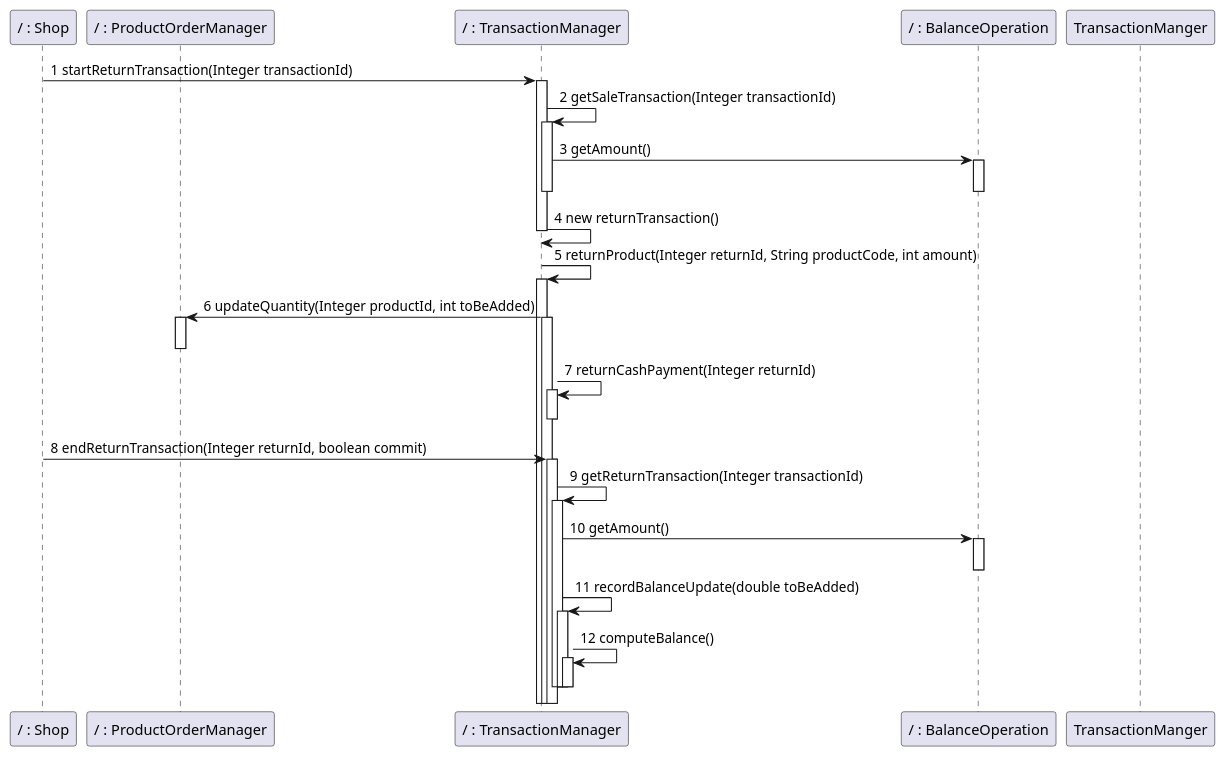
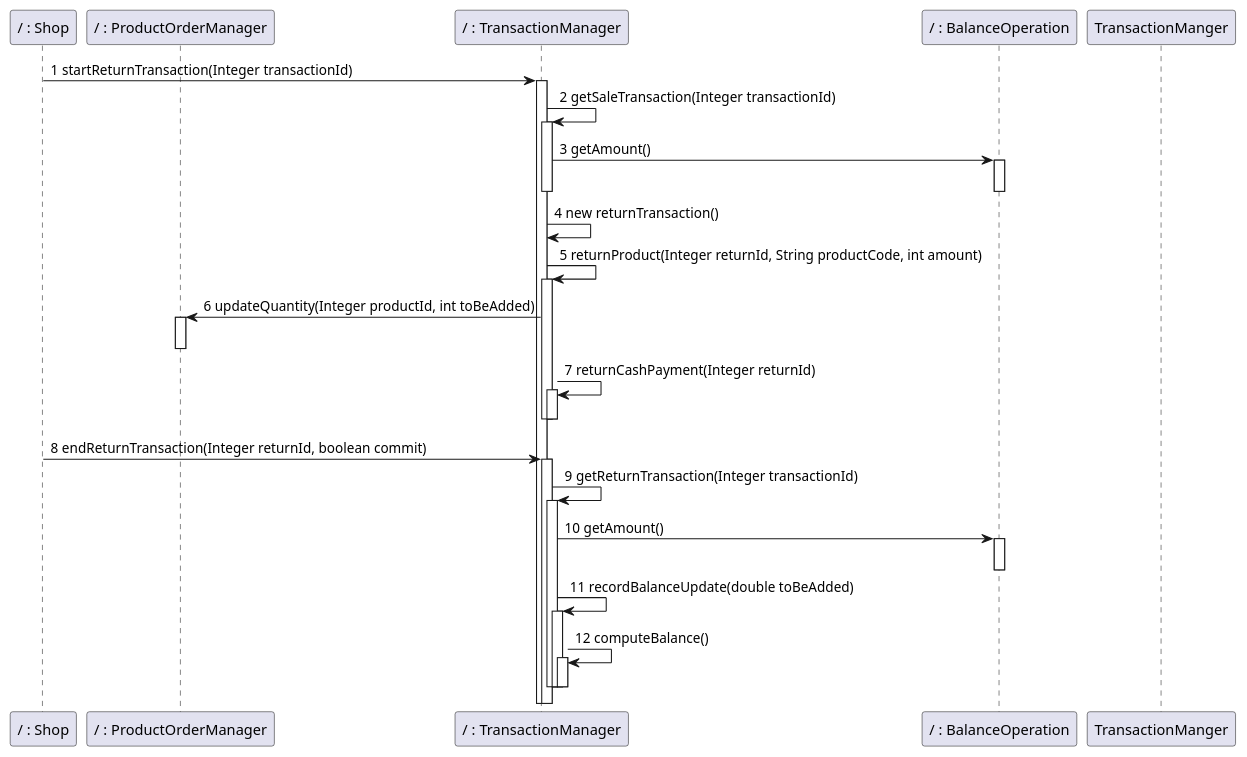
One commit to nicolabattaglino/ezshop changed diagram 29 of 32 in Deliverables/DesignDocument.md. Above: the diagram before and after it, drawn with PlantUML.

Commit message:
formatting

````diff
--- a/Deliverables/DesignDocument.md
+++ b/Deliverables/DesignDocument.md
@@ -1381,44 +1381,43 @@
 ```plantuml
 @startuml
 
 participant "/ : Shop" as Shop
 participant "/ : ProductOrderManager" as ProductOrderManager
 participant "/ : TransactionManager" as TransactionManager
 participant "/ : BalanceOperation" as BalanceOperation
 Shop -> TransactionManager:1 startReturnTransaction(Integer transactionId)
 activate TransactionManager
 TransactionManager -> TransactionManager:2 getSaleTransaction(Integer transactionId)
 activate TransactionManager
 TransactionManager -> BalanceOperation :3 getAmount()
 activate BalanceOperation
 deactivate BalanceOperation
 deactivate TransactionManager
 TransactionManager -> TransactionManager:4 new returnTransaction()
-deactivate TransactionManager
 TransactionManager -> TransactionManager:5 returnProduct(Integer returnId, String productCode, int amount)
 activate TransactionManager
 TransactionManager -> ProductOrderManager:6 updateQuantity(Integer productId, int toBeAdded)
 activate ProductOrderManager
 deactivate ProductOrderManager
-activate TransactionManager
 TransactionManager -> TransactionManager:7 returnCashPayment(Integer returnId)
 activate TransactionManager
 deactivate TransactionManager 
+deactivate TransactionManager
 Shop -> TransactionManager:8 endReturnTransaction(Integer returnId, boolean commit)
 activate TransactionManager
 TransactionManager -> TransactionManager:9 getReturnTransaction(Integer transactionId)
 activate TransactionManager
 TransactionManager -> BalanceOperation :10 getAmount()
 activate BalanceOperation
 deactivate BalanceOperation
 deactivate TransactionManger 
 TransactionManager -> TransactionManager:11 recordBalanceUpdate(double toBeAdded)
 activate TransactionManager
 TransactionManager -> TransactionManager:12 computeBalance()
 activate TransactionManager
 deactivate TransactionManager
 deactivate TransactionManager
 deactivate TransactionManager 
 
 @enduml
 ```
````
